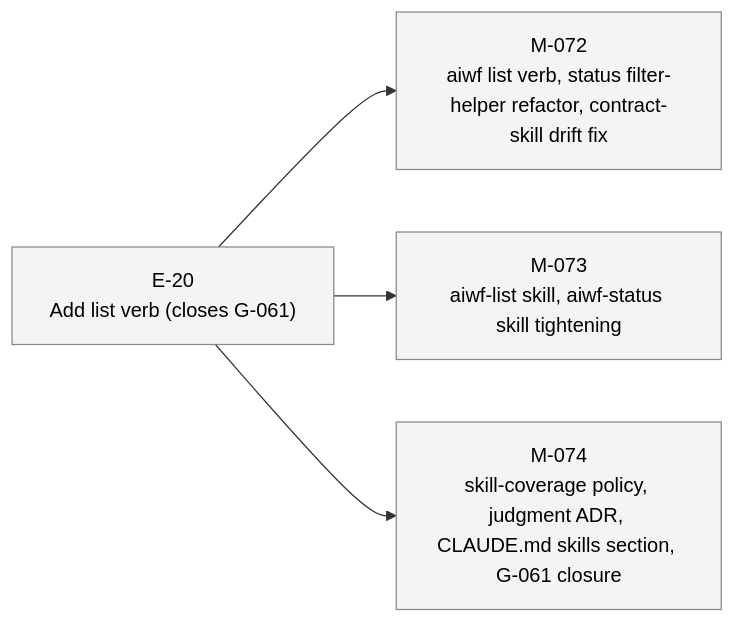
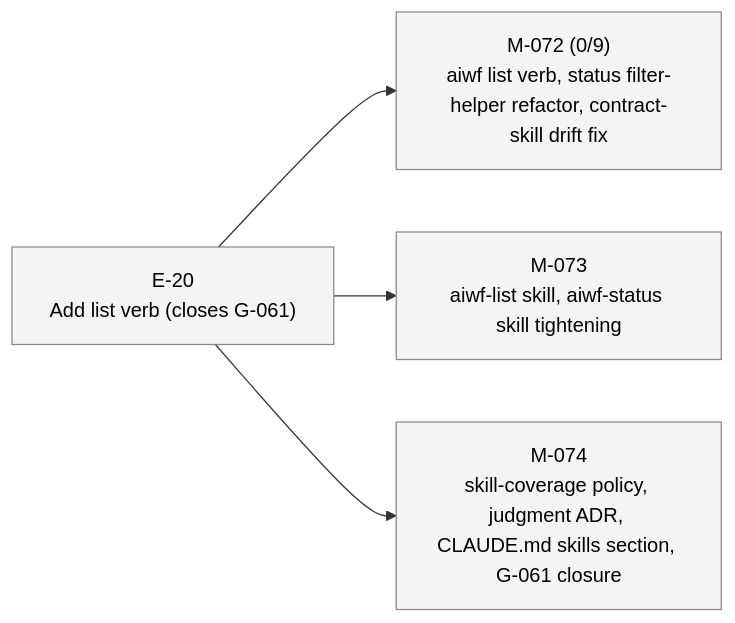
One commit to 23min/aiwf changed the second of 2 diagrams in STATUS.md. Above: the diagram before and after it, drawn with Mermaid. The commit also changed other lines of this file and 1 other file, not shown here.

First line of the commit message:
aiwf add ac M-072 AC-1..AC-9 (9 criteria)

````diff
--- a/STATUS.md
+++ b/STATUS.md
@@ -47,16 +47,16 @@
 ```mermaid
 flowchart LR
   E_20["E-20<br/>Add list verb (closes G-061)"]:::epic_proposed
-  M_072["M-072<br/>aiwf list verb, status filter-helper refactor, contract-skill drift fix"]:::ms_draft
+  M_072["M-072 (0/9)<br/>aiwf list verb, status filter-helper refactor, contract-skill drift fix"]:::ms_draft
   E_20 --> M_072
   M_073["M-073<br/>aiwf-list skill, aiwf-status skill tightening"]:::ms_draft
   E_20 --> M_073
   M_074["M-074<br/>skill-coverage policy, judgment ADR, CLAUDE.md skills section, G-061 closure"]:::ms_draft
   E_20 --> M_074
   classDef epic_active fill:#d6eaff,stroke:#1a73e8,color:#000
   classDef epic_proposed fill:#f4f4f4,stroke:#888,color:#000
   classDef ms_done fill:#d8f5d8,stroke:#2a8a2a,color:#000
   classDef ms_in_progress fill:#fff3c4,stroke:#caa400,color:#000
   classDef ms_draft fill:#f4f4f4,stroke:#888,color:#000
   classDef ms_cancelled fill:#fbeaea,stroke:#c33,color:#000
 ```
````
